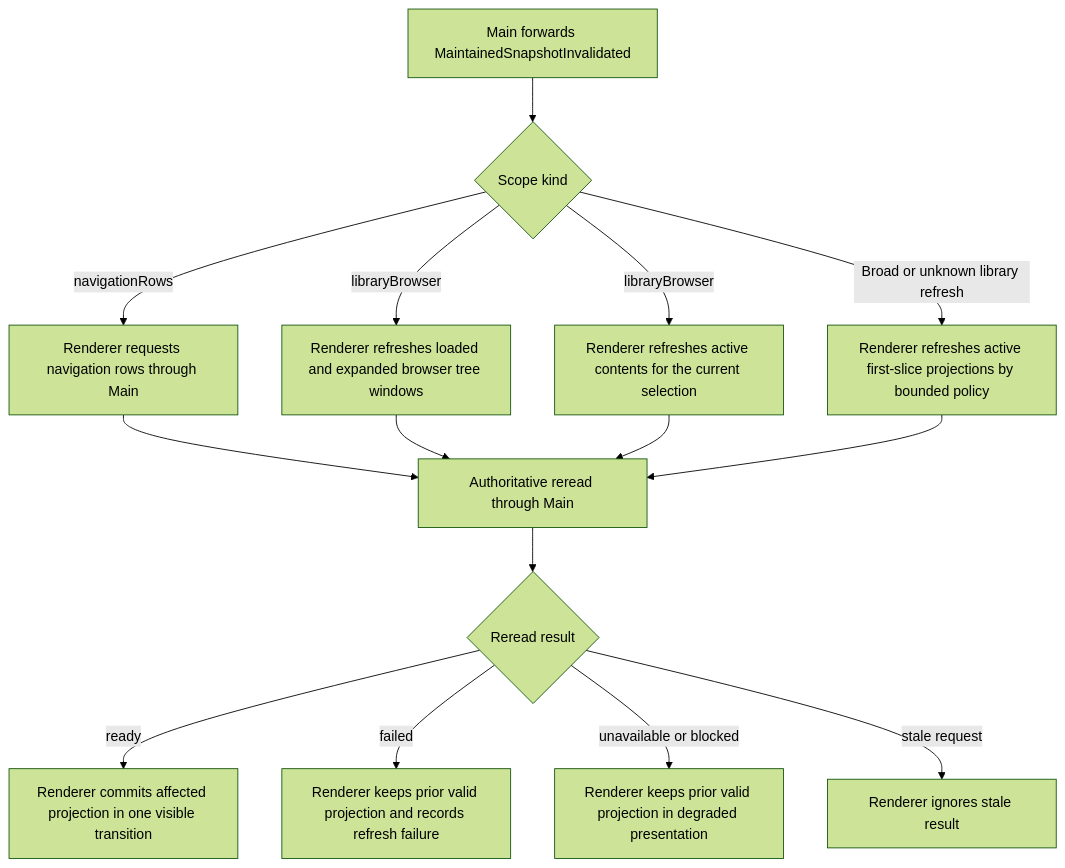
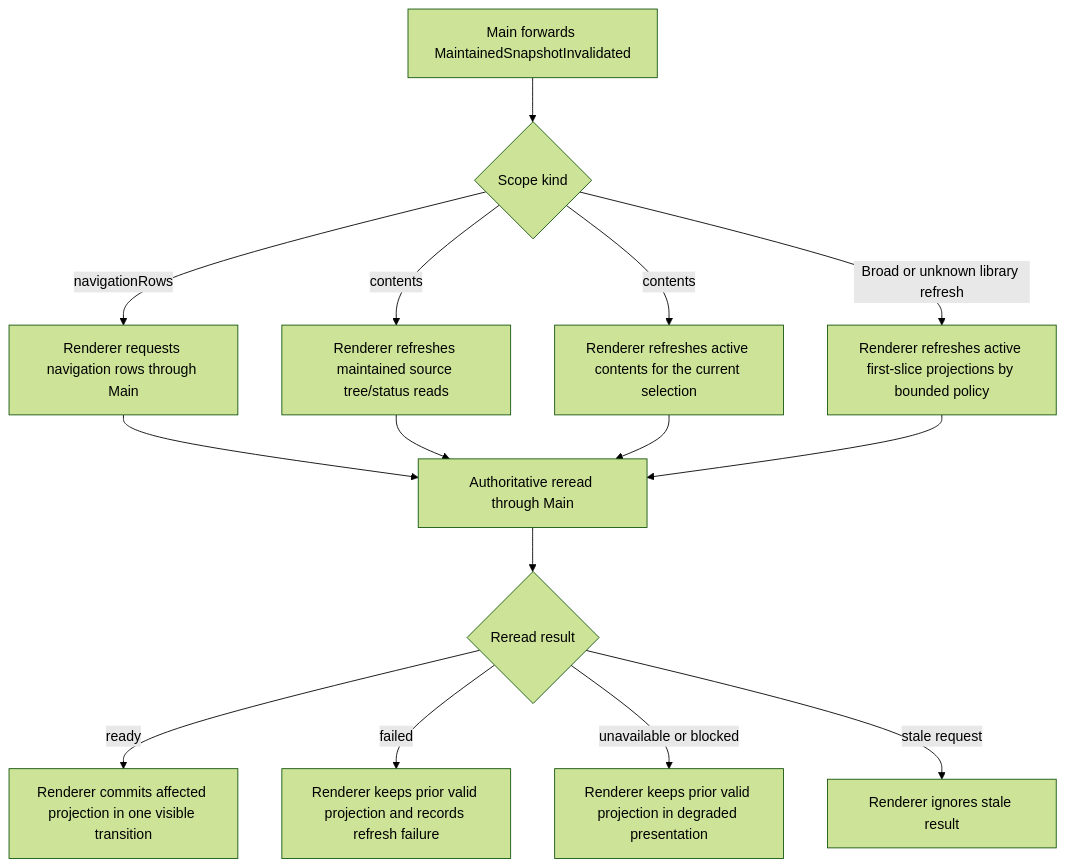
Before and after one commit to maikeleckelboom/dekzer-legacy: the ninth of 14 diagrams in docs/library/source/substrate-e2e-flow-diagrams.md, drawn with Mermaid (forest theme). The commit also changed other lines of this file and 90 other files, not shown here.

````diff
--- a/docs/library/source/substrate-e2e-flow-diagrams.md
+++ b/docs/library/source/substrate-e2e-flow-diagrams.md
@@ -536,17 +536,17 @@
 ```mermaid
 flowchart TD
   A["Main forwards MaintainedSnapshotInvalidated"] --> B{"Scope kind"}
   B -->|" navigationRows "| C["Renderer requests navigation rows through Main"]
-  B -->|" libraryBrowser "| D["Renderer refreshes loaded and expanded browser tree windows"]
-  B -->|" libraryBrowser "| F["Renderer refreshes active contents for the current selection"]
+  B -->|" contents "| D["Renderer refreshes maintained source tree/status reads"]
+  B -->|" contents "| F["Renderer refreshes active contents for the current selection"]
   B -->|" Broad or unknown library refresh "| G["Renderer refreshes active first-slice projections by bounded policy"]
   C --> H["Authoritative reread through Main"]
   D --> H
   F --> H
   G --> H
   H --> I{"Reread result"}
   I -->|" ready "| J["Renderer commits affected projection in one visible transition"]
   I -->|" failed "| K["Renderer keeps prior valid projection and records refresh failure"]
   I -->|" unavailable or blocked "| L["Renderer keeps prior valid projection in degraded presentation"]
   I -->|" stale request "| M["Renderer ignores stale result"]
 ```
````
